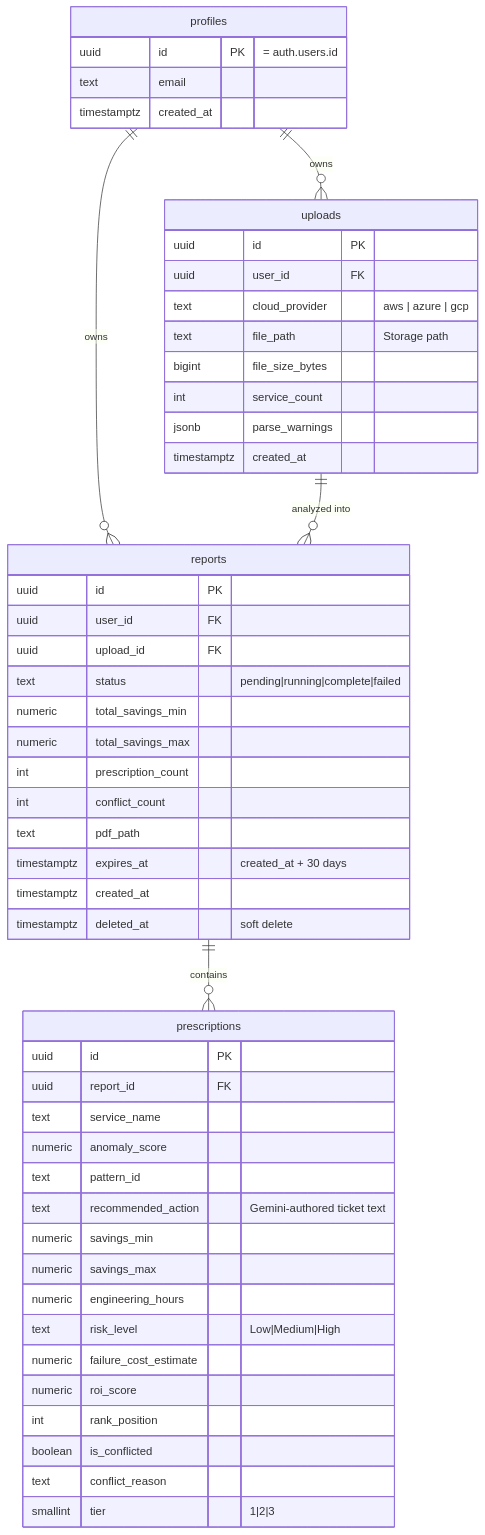
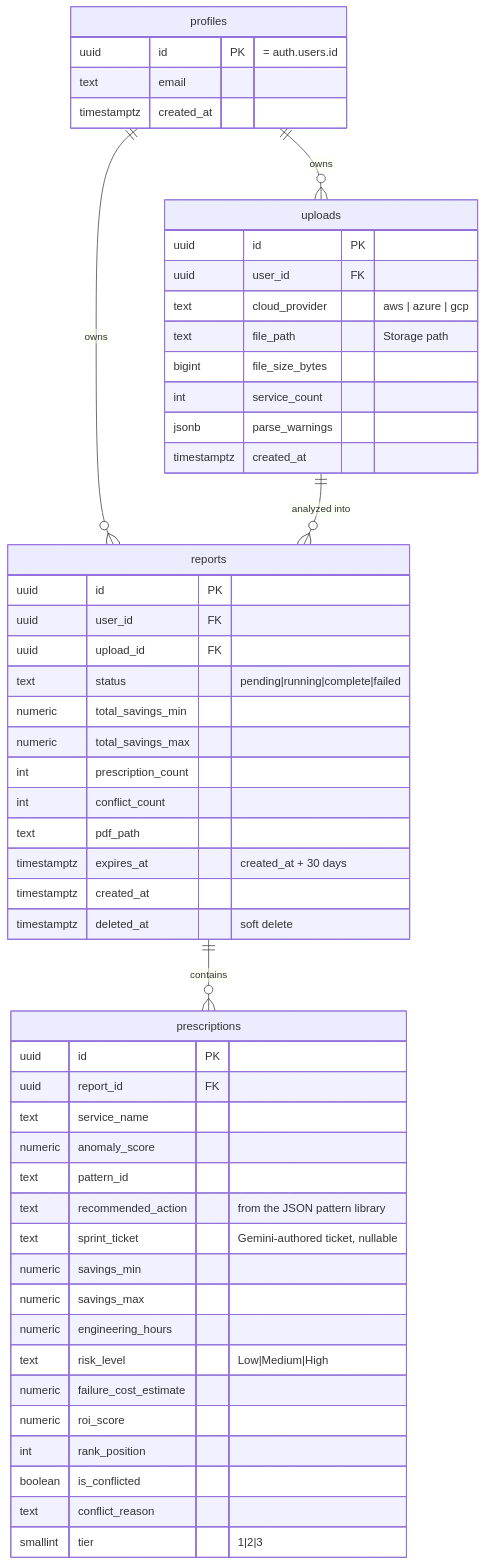
The second of 3 diagrams in docs/ARCHITECTURE.md (Cyberbully-rpg/CliPRx), drawn with Mermaid before and after one commit. The commit also changed other lines of this file and 3 other files, not shown here.

````diff
--- a/docs/ARCHITECTURE.md
+++ b/docs/ARCHITECTURE.md
@@ -73,55 +76,56 @@
 ```mermaid
 erDiagram
     profiles ||--o{ uploads : owns
     profiles ||--o{ reports : owns
     uploads ||--o{ reports : "analyzed into"
     reports ||--o{ prescriptions : contains
 
     profiles {
         uuid id PK "= auth.users.id"
         text email
         timestamptz created_at
     }
     uploads {
         uuid id PK
         uuid user_id FK
         text cloud_provider "aws | azure | gcp"
         text file_path "Storage path"
         bigint file_size_bytes
         int service_count
         jsonb parse_warnings
         timestamptz created_at
     }
     reports {
         uuid id PK
         uuid user_id FK
         uuid upload_id FK
         text status "pending|running|complete|failed"
         numeric total_savings_min
         numeric total_savings_max
         int prescription_count
         int conflict_count
         text pdf_path
         timestamptz expires_at "created_at + 30 days"
         timestamptz created_at
         timestamptz deleted_at "soft delete"
     }
     prescriptions {
         uuid id PK
         uuid report_id FK
         text service_name
         numeric anomaly_score
         text pattern_id
-        text recommended_action "Gemini-authored ticket text"
+        text recommended_action "from the JSON pattern library"
+        text sprint_ticket "Gemini-authored ticket, nullable"
         numeric savings_min
         numeric savings_max
         numeric engineering_hours
         text risk_level "Low|Medium|High"
         numeric failure_cost_estimate
         numeric roi_score
         int rank_position
         boolean is_conflicted
         text conflict_reason
         smallint tier "1|2|3"
     }
 ```
````
